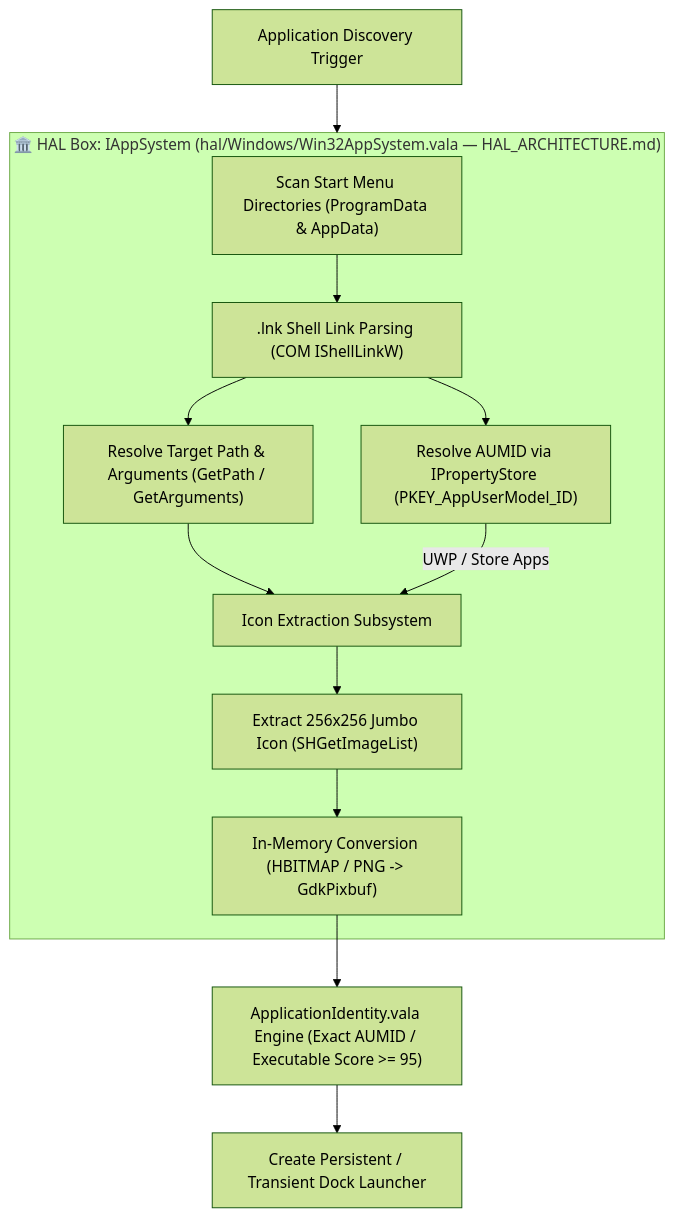
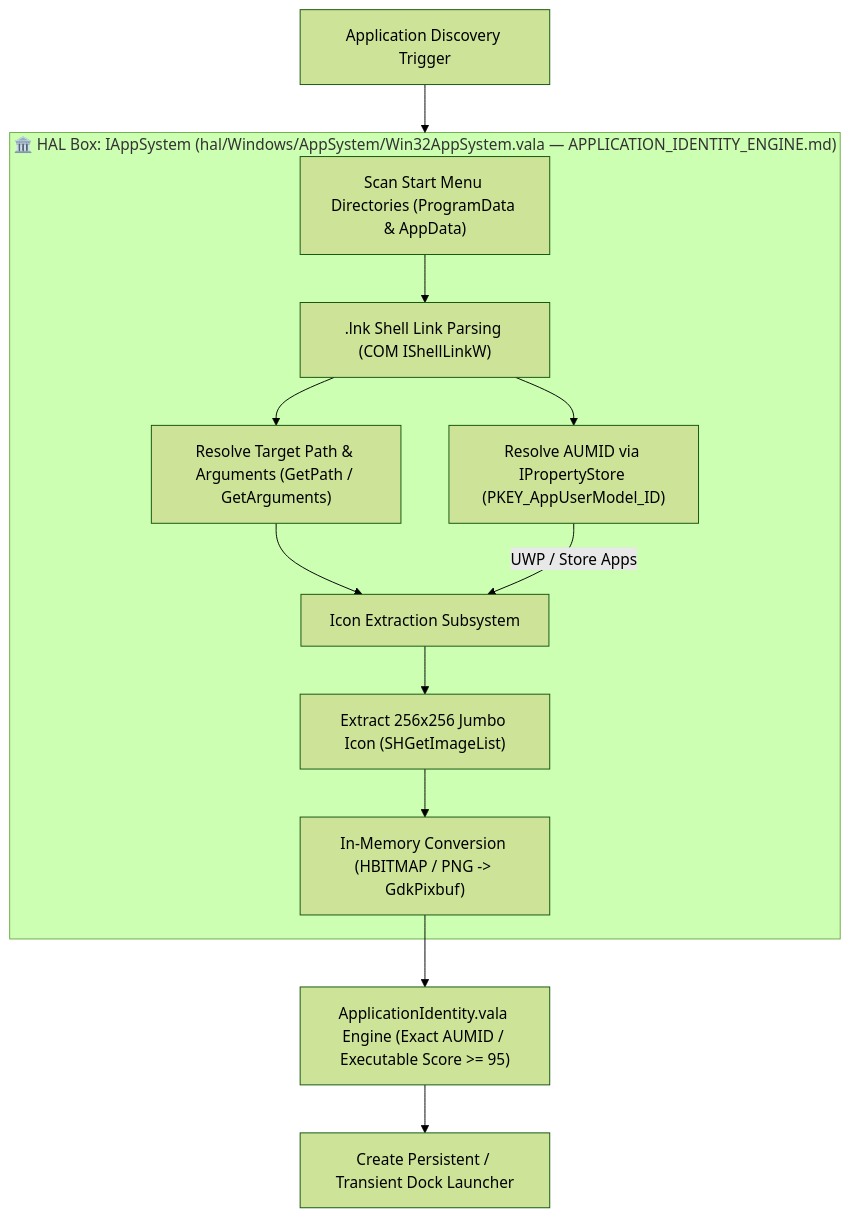
The sixth of 7 diagrams in Documentation/WINPLANK_PORT_BATTLE_PLAN.md (sergiomelas/WayPlank), drawn with Mermaid (forest theme) before and after one commit. The commit also changed other lines of this file and 76 other files, not shown here.

````diff
--- a/Documentation/WINPLANK_PORT_BATTLE_PLAN.md
+++ b/Documentation/WINPLANK_PORT_BATTLE_PLAN.md
@@ -325,18 +320,18 @@
 ```mermaid
 flowchart TD
     START["Application Discovery Trigger"] --> HAL_APP
 
-    subgraph HAL_APP ["🏛️ HAL Box: IAppSystem (hal/Windows/Win32AppSystem.vala — HAL_ARCHITECTURE.md)"]
+    subgraph HAL_APP ["🏛️ HAL Box: IAppSystem (hal/Windows/AppSystem/Win32AppSystem.vala — APPLICATION_IDENTITY_ENGINE.md)"]
         SCAN["Scan Start Menu Directories (ProgramData & AppData)"]
         SCAN --> PARSE[".lnk Shell Link Parsing (COM IShellLinkW)"]
         PARSE --> T1["Resolve Target Path & Arguments (GetPath / GetArguments)"]
         PARSE --> T2["Resolve AUMID via IPropertyStore (PKEY_AppUserModel_ID)"]
         T1 --> ICON_EXTRACT["Icon Extraction Subsystem"]
         T2 -->|"UWP / Store Apps"| ICON_EXTRACT
         ICON_EXTRACT --> JUMBO["Extract 256x256 Jumbo Icon (SHGetImageList)"]
         JUMBO --> MEM["In-Memory Conversion (HBITMAP / PNG -> GdkPixbuf)"]
     end
 
     MEM --> MATCH["ApplicationIdentity.vala Engine (Exact AUMID / Executable Score >= 95)"]
     MATCH --> DOCK_ITEM["Create Persistent / Transient Dock Launcher"]
 ```
````
